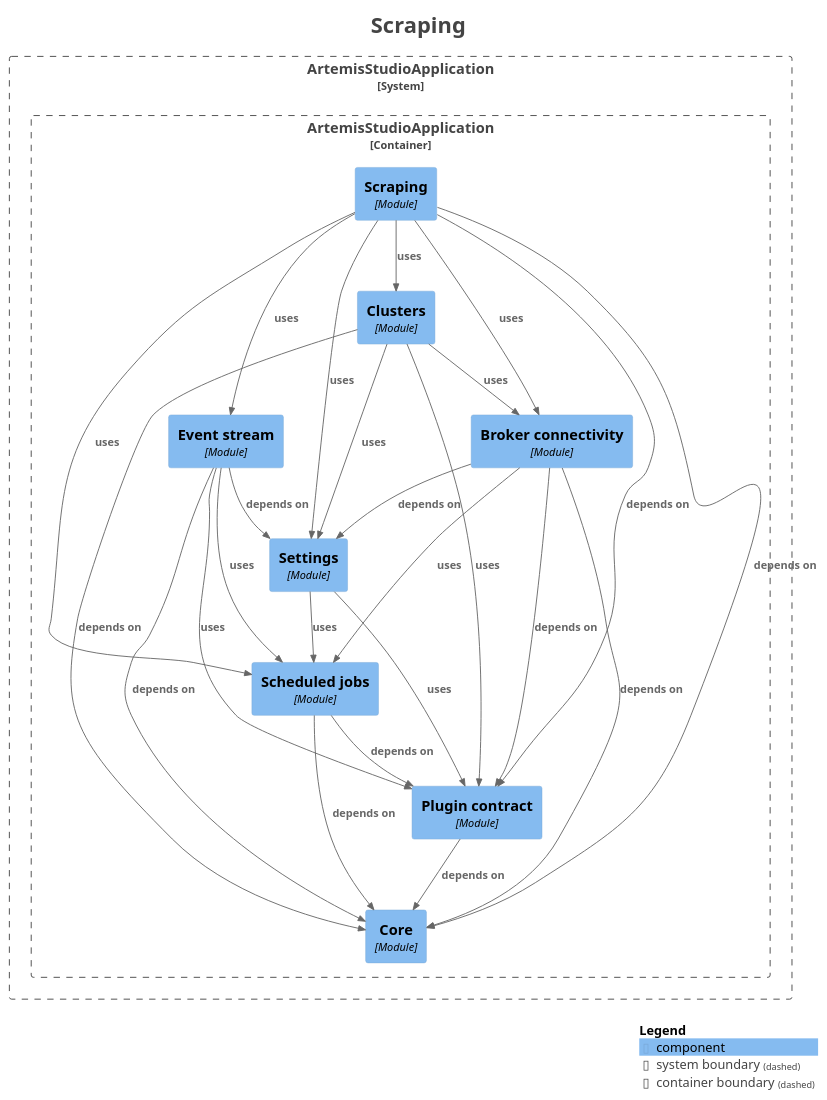
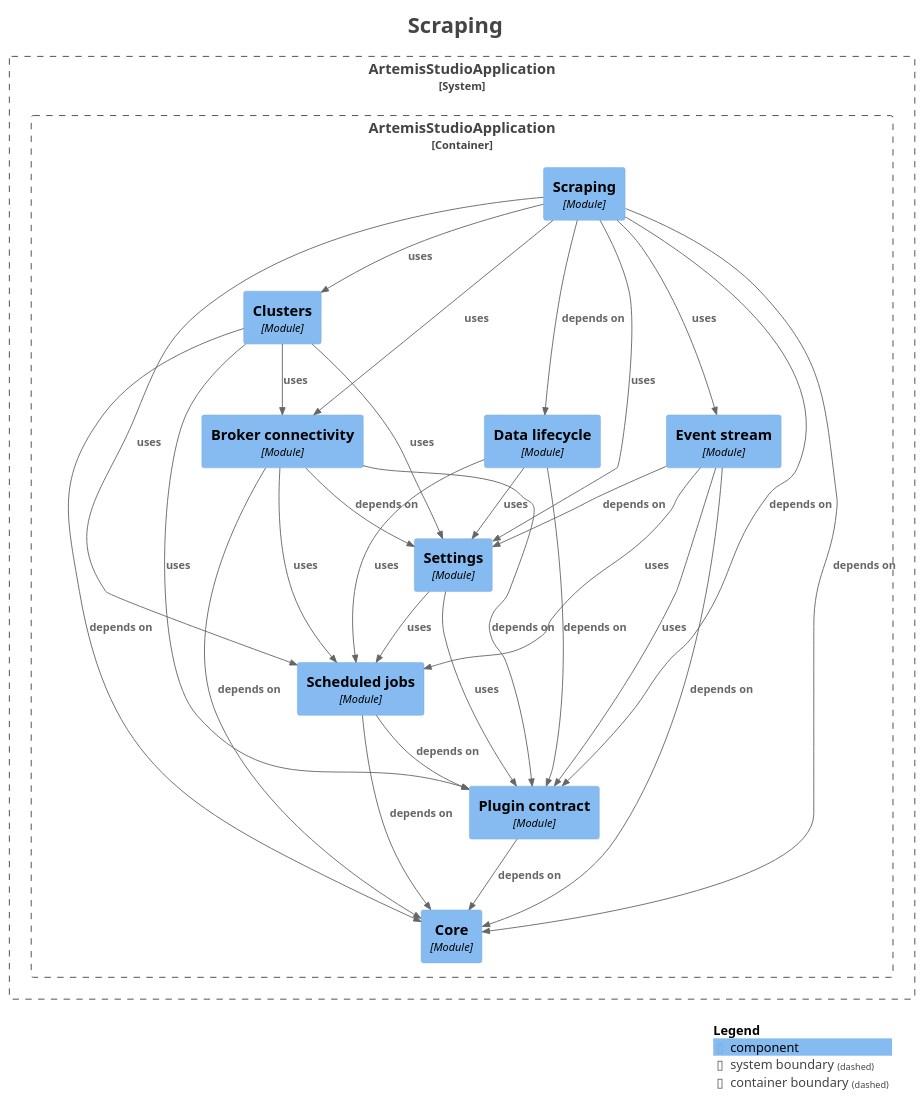
One commit to sudoitir/artemis-studio changed the diagram in docs/modules/module-platform.scrape.puml. Above: the diagram before and after it, drawn with PlantUML. The commit also changed 96 other files, not shown here.

```diff
--- a/docs/modules/module-platform.scrape.puml
+++ b/docs/modules/module-platform.scrape.puml
@@ -1,59 +1,64 @@
 @startuml
 title <size:24>Scraping</size>
 
 set separator none
 top to bottom direction
 
 <style>
   root {
     BackgroundColor: #ffffff
     FontColor: #444444
   }
 </style>
 
 !include <C4/C4>
 !include <C4/C4_Context>
 !include <C4/C4_Component>
 
 System_Boundary("ArtemisStudioApplication_boundary", "ArtemisStudioApplication", $tags="") {
   Container_Boundary("ArtemisStudioApplication.ArtemisStudioApplication_boundary", "ArtemisStudioApplication", $tags="") {
     Component(ArtemisStudioApplication.ArtemisStudioApplication.Settings, "Settings", $techn="Module", $descr="", $tags="", $link="")
+    Component(ArtemisStudioApplication.ArtemisStudioApplication.Datalifecycle, "Data lifecycle", $techn="Module", $descr="", $tags="", $link="")
     Component(ArtemisStudioApplication.ArtemisStudioApplication.Eventstream, "Event stream", $techn="Module", $descr="", $tags="", $link="")
     Component(ArtemisStudioApplication.ArtemisStudioApplication.Brokerconnectivity, "Broker connectivity", $techn="Module", $descr="", $tags="", $link="")
     Component(ArtemisStudioApplication.ArtemisStudioApplication.Clusters, "Clusters", $techn="Module", $descr="", $tags="", $link="")
     Component(ArtemisStudioApplication.ArtemisStudioApplication.Scraping, "Scraping", $techn="Module", $descr="", $tags="", $link="")
     Component(ArtemisStudioApplication.ArtemisStudioApplication.Core, "Core", $techn="Module", $descr="", $tags="", $link="")
     Component(ArtemisStudioApplication.ArtemisStudioApplication.Plugincontract, "Plugin contract", $techn="Module", $descr="", $tags="", $link="")
     Component(ArtemisStudioApplication.ArtemisStudioApplication.Scheduledjobs, "Scheduled jobs", $techn="Module", $descr="", $tags="", $link="")
   }
 
 }
 
 Rel(ArtemisStudioApplication.ArtemisStudioApplication.Brokerconnectivity, ArtemisStudioApplication.ArtemisStudioApplication.Core, "depends on", $techn="", $tags="", $link="")
 Rel(ArtemisStudioApplication.ArtemisStudioApplication.Brokerconnectivity, ArtemisStudioApplication.ArtemisStudioApplication.Plugincontract, "depends on", $techn="", $tags="", $link="")
 Rel(ArtemisStudioApplication.ArtemisStudioApplication.Brokerconnectivity, ArtemisStudioApplication.ArtemisStudioApplication.Scheduledjobs, "uses", $techn="", $tags="", $link="")
 Rel(ArtemisStudioApplication.ArtemisStudioApplication.Brokerconnectivity, ArtemisStudioApplication.ArtemisStudioApplication.Settings, "depends on", $techn="", $tags="", $link="")
 Rel(ArtemisStudioApplication.ArtemisStudioApplication.Clusters, ArtemisStudioApplication.ArtemisStudioApplication.Brokerconnectivity, "uses", $techn="", $tags="", $link="")
 Rel(ArtemisStudioApplication.ArtemisStudioApplication.Clusters, ArtemisStudioApplication.ArtemisStudioApplication.Core, "depends on", $techn="", $tags="", $link="")
 Rel(ArtemisStudioApplication.ArtemisStudioApplication.Clusters, ArtemisStudioApplication.ArtemisStudioApplication.Plugincontract, "uses", $techn="", $tags="", $link="")
 Rel(ArtemisStudioApplication.ArtemisStudioApplication.Clusters, ArtemisStudioApplication.ArtemisStudioApplication.Settings, "uses", $techn="", $tags="", $link="")
+Rel(ArtemisStudioApplication.ArtemisStudioApplication.Datalifecycle, ArtemisStudioApplication.ArtemisStudioApplication.Plugincontract, "depends on", $techn="", $tags="", $link="")
+Rel(ArtemisStudioApplication.ArtemisStudioApplication.Datalifecycle, ArtemisStudioApplication.ArtemisStudioApplication.Scheduledjobs, "uses", $techn="", $tags="", $link="")
+Rel(ArtemisStudioApplication.ArtemisStudioApplication.Datalifecycle, ArtemisStudioApplication.ArtemisStudioApplication.Settings, "uses", $techn="", $tags="", $link="")
 Rel(ArtemisStudioApplication.ArtemisStudioApplication.Eventstream, ArtemisStudioApplication.ArtemisStudioApplication.Core, "depends on", $techn="", $tags="", $link="")
 Rel(ArtemisStudioApplication.ArtemisStudioApplication.Eventstream, ArtemisStudioApplication.ArtemisStudioApplication.Plugincontract, "uses", $techn="", $tags="", $link="")
 Rel(ArtemisStudioApplication.ArtemisStudioApplication.Eventstream, ArtemisStudioApplication.ArtemisStudioApplication.Scheduledjobs, "uses", $techn="", $tags="", $link="")
 Rel(ArtemisStudioApplication.ArtemisStudioApplication.Eventstream, ArtemisStudioApplication.ArtemisStudioApplication.Settings, "depends on", $techn="", $tags="", $link="")
 Rel(ArtemisStudioApplication.ArtemisStudioApplication.Plugincontract, ArtemisStudioApplication.ArtemisStudioApplication.Core, "depends on", $techn="", $tags="", $link="")
 Rel(ArtemisStudioApplication.ArtemisStudioApplication.Scheduledjobs, ArtemisStudioApplication.ArtemisStudioApplication.Core, "depends on", $techn="", $tags="", $link="")
 Rel(ArtemisStudioApplication.ArtemisStudioApplication.Scheduledjobs, ArtemisStudioApplication.ArtemisStudioApplication.Plugincontract, "depends on", $techn="", $tags="", $link="")
 Rel(ArtemisStudioApplication.ArtemisStudioApplication.Scraping, ArtemisStudioApplication.ArtemisStudioApplication.Brokerconnectivity, "uses", $techn="", $tags="", $link="")
 Rel(ArtemisStudioApplication.ArtemisStudioApplication.Scraping, ArtemisStudioApplication.ArtemisStudioApplication.Clusters, "uses", $techn="", $tags="", $link="")
 Rel(ArtemisStudioApplication.ArtemisStudioApplication.Scraping, ArtemisStudioApplication.ArtemisStudioApplication.Core, "depends on", $techn="", $tags="", $link="")
+Rel(ArtemisStudioApplication.ArtemisStudioApplication.Scraping, ArtemisStudioApplication.ArtemisStudioApplication.Datalifecycle, "depends on", $techn="", $tags="", $link="")
 Rel(ArtemisStudioApplication.ArtemisStudioApplication.Scraping, ArtemisStudioApplication.ArtemisStudioApplication.Eventstream, "uses", $techn="", $tags="", $link="")
 Rel(ArtemisStudioApplication.ArtemisStudioApplication.Scraping, ArtemisStudioApplication.ArtemisStudioApplication.Plugincontract, "depends on", $techn="", $tags="", $link="")
 Rel(ArtemisStudioApplication.ArtemisStudioApplication.Scraping, ArtemisStudioApplication.ArtemisStudioApplication.Scheduledjobs, "uses", $techn="", $tags="", $link="")
 Rel(ArtemisStudioApplication.ArtemisStudioApplication.Scraping, ArtemisStudioApplication.ArtemisStudioApplication.Settings, "uses", $techn="", $tags="", $link="")
 Rel(ArtemisStudioApplication.ArtemisStudioApplication.Settings, ArtemisStudioApplication.ArtemisStudioApplication.Plugincontract, "uses", $techn="", $tags="", $link="")
 Rel(ArtemisStudioApplication.ArtemisStudioApplication.Settings, ArtemisStudioApplication.ArtemisStudioApplication.Scheduledjobs, "uses", $techn="", $tags="", $link="")
 
 SHOW_LEGEND(true)
 hide stereotypes
 @enduml
```
